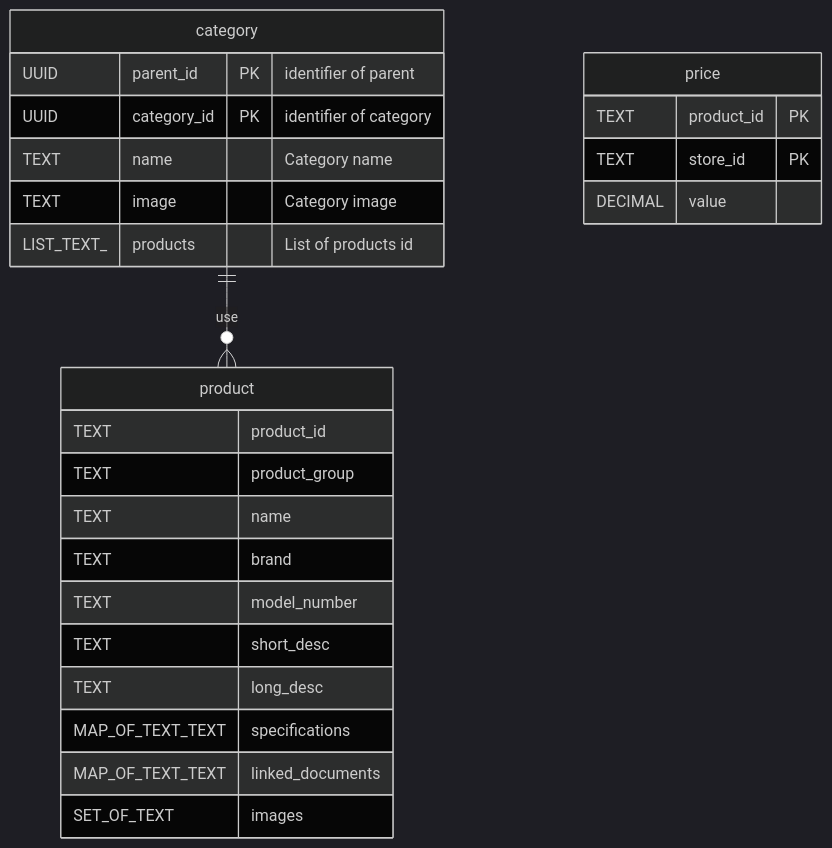
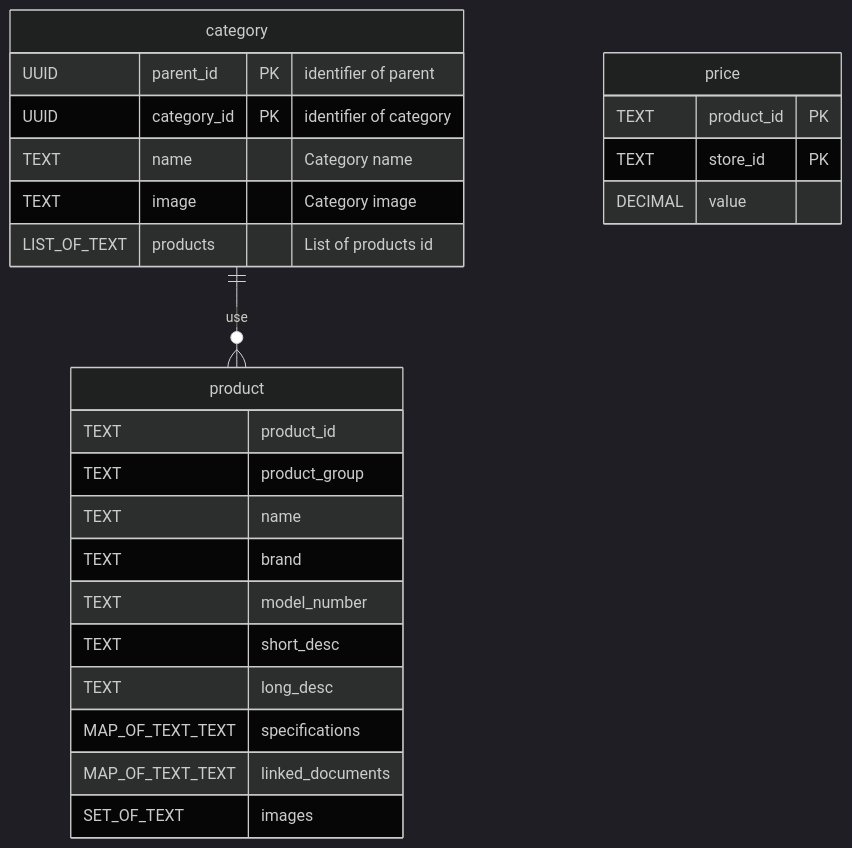
Before and after one commit to clun/sandboxes: the second of 2 diagrams in MERMAID.md, drawn with Mermaid (dark theme).

````diff
--- a/MERMAID.md
+++ b/MERMAID.md
@@ -14,31 +14,35 @@
 ```mermaid
 erDiagram
 
 category {
     UUID parent_id PK "identifier of parent"
     UUID category_id PK "identifier of category"
     TEXT name "Category name"
     TEXT image "Category image"
-    LIST_TEXT_ products "List of products id"
+    LIST_OF_TEXT products "List of products id"
 }
 
 product {
     TEXT product_id
     TEXT product_group
     TEXT name
  TEXT brand
  TEXT model_number
  TEXT short_desc
  TEXT long_desc
  MAP_OF_TEXT_TEXT specifications
  MAP_OF_TEXT_TEXT linked_documents
  SET_OF_TEXT images
 }
 
 price {
     TEXT product_id PK
     TEXT store_id PK
     DECIMAL value
 }
-category ||--o{ product : use
+
+
+ category ||--o{ product : use
+
+  
 ```
````
